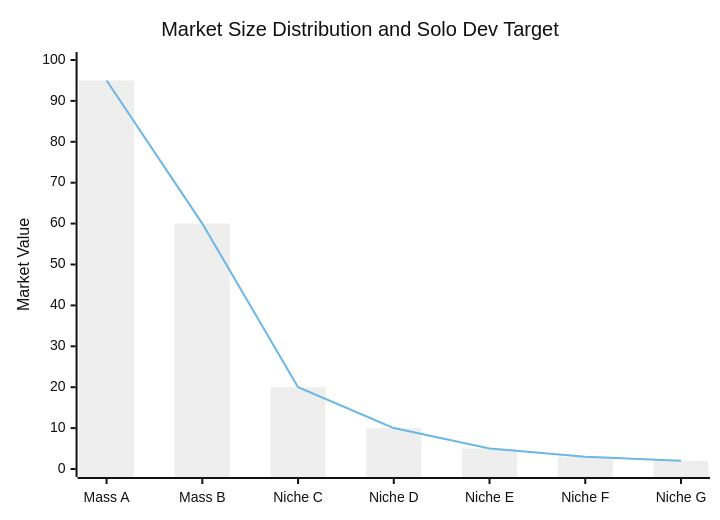
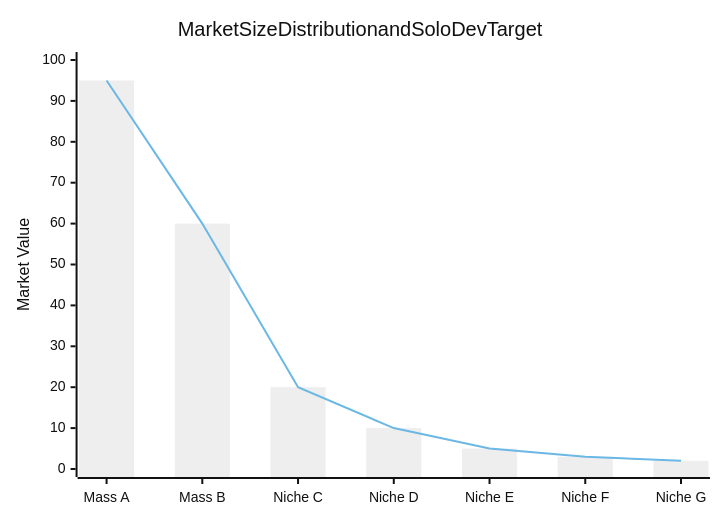
Before and after one commit to kenjinote/blog: the first of 2 diagrams in content/post/solo_dev_survival/index.en.md, drawn with Mermaid (neutral theme). The commit also changed other lines of this file and 703 other files, not shown here.

Commit message:
Fix: Remove quotes from Mermaid link texts and timeline definitions to support Mermaid 11.4.1

````diff
--- a/content/post/solo_dev_survival/index.en.md
+++ b/content/post/solo_dev_survival/index.en.md
@@ -38,8 +38,8 @@
 ```mermaid
 xychart-beta
-  title "Market Size Distribution and Solo Dev Target"
+    title Market Size Distribution and Solo Dev Target
   x-axis ["Mass A", "Mass B", "Niche C", "Niche D", "Niche E", "Niche F", "Niche G"]
   y-axis "Market Value" 0 --> 100
   bar [95, 60, 20, 10, 5, 3, 2]
   line [95, 60, 20, 10, 5, 3, 2]
 ```
````
